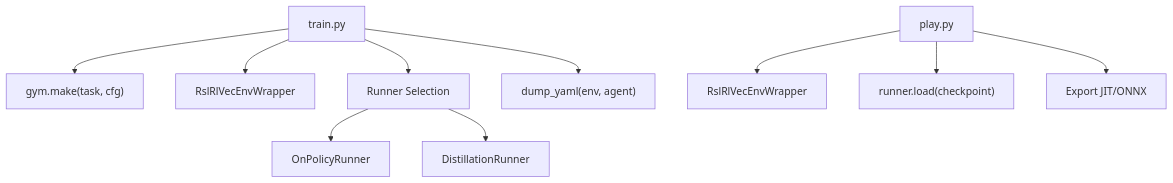
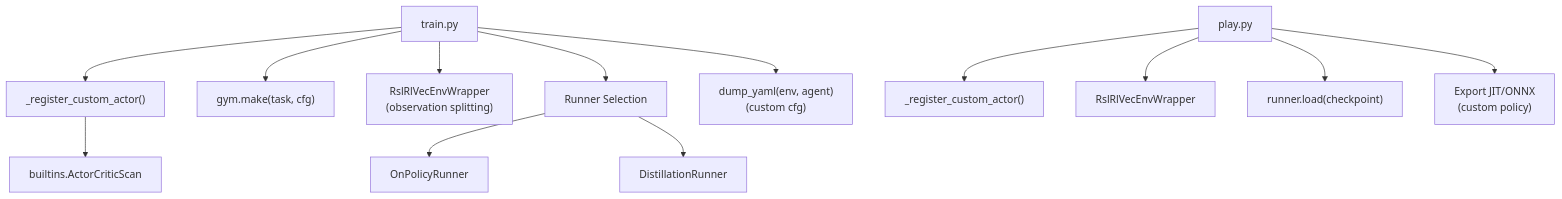
Before and after one commit to jayjayhust/robot_lab: the seventh of 7 diagrams in .qoder/repowiki/en/content/Training Pipeline Architecture/RSL-RL Training System.md, drawn with Mermaid. The commit also changed other lines of this file and 17 other files, not shown here.

````diff
--- a/.qoder/repowiki/en/content/Training Pipeline Architecture/RSL-RL Training System.md
+++ b/.qoder/repowiki/en/content/Training Pipeline Architecture/RSL-RL Training System.md
@@ -291,12 +348,15 @@
 ```mermaid
 graph TB
-Train["train.py"] --> EnvMake["gym.make(task, cfg)"]
-Train --> Wrap["RslRlVecEnvWrapper"]
+Train["train.py"] --> Reg["_register_custom_actor()"]
+Reg --> Policy["builtins.ActorCriticScan"]
+Train --> EnvMake["gym.make(task, cfg)"]
+Train --> Wrap["RslRlVecEnvWrapper<br/>(observation splitting)"]
 Train --> RunnerSel["Runner Selection"]
 RunnerSel --> OnPolicy["OnPolicyRunner"]
 RunnerSel --> Distill["DistillationRunner"]
-Train --> Logger["dump_yaml(env, agent)"]
-Play["play.py"] --> Wrap2["RslRlVecEnvWrapper"]
+Train --> Logger["dump_yaml(env, agent)<br/>(custom cfg)"]
+Play["play.py"] --> Reg2["_register_custom_actor()"]
+Play --> Wrap2["RslRlVecEnvWrapper"]
 Play --> Load["runner.load(checkpoint)"]
-Play --> Export["Export JIT/ONNX"]
+Play --> Export["Export JIT/ONNX<br/>(custom policy)"]
 ```
````
